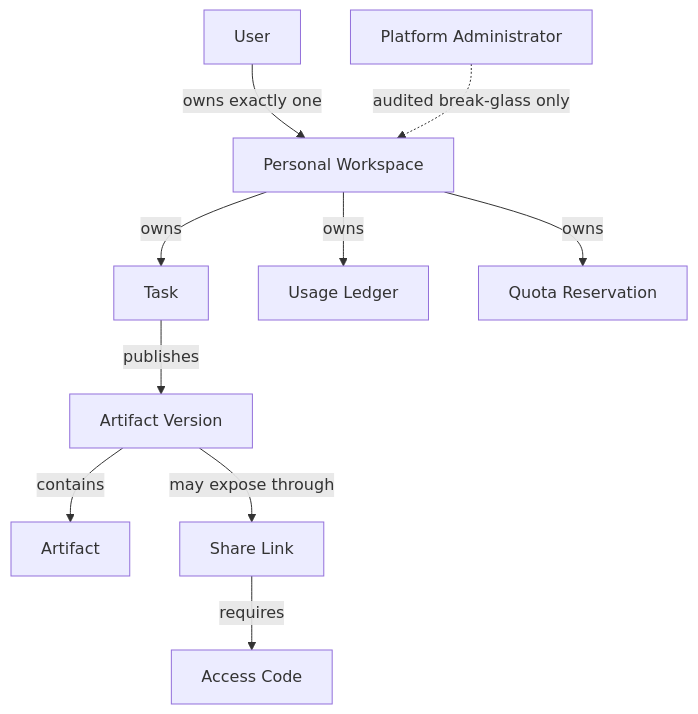
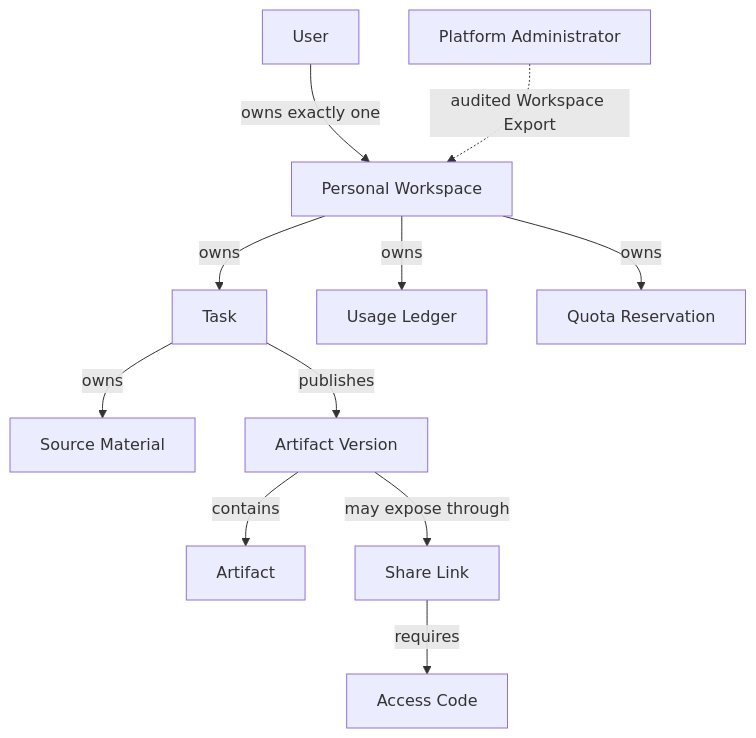
The first of 5 diagrams in docs/architecture/enterprise-domain-model.md (Vt00ls/SlideSmith), drawn with Mermaid before and after one commit. The commit also changed other lines of this file and 7 other files, not shown here.

````diff
--- a/docs/architecture/enterprise-domain-model.md
+++ b/docs/architecture/enterprise-domain-model.md
@@ -7,12 +7,13 @@
 ```mermaid
 flowchart TD
     User -->|owns exactly one| PersonalWorkspace[Personal Workspace]
     PersonalWorkspace -->|owns| Task
     PersonalWorkspace -->|owns| UsageLedger[Usage Ledger]
     PersonalWorkspace -->|owns| QuotaReservation[Quota Reservation]
+    Task -->|owns| SourceMaterial[Source Material]
     Task -->|publishes| ArtifactVersion[Artifact Version]
     ArtifactVersion -->|contains| Artifact
     ArtifactVersion -->|may expose through| ShareLink[Share Link]
     ShareLink -->|requires| AccessCode[Access Code]
-    PlatformAdministrator[Platform Administrator] -. audited break-glass only .-> PersonalWorkspace
+    PlatformAdministrator[Platform Administrator] -. audited Workspace Export .-> PersonalWorkspace
 ```
````
